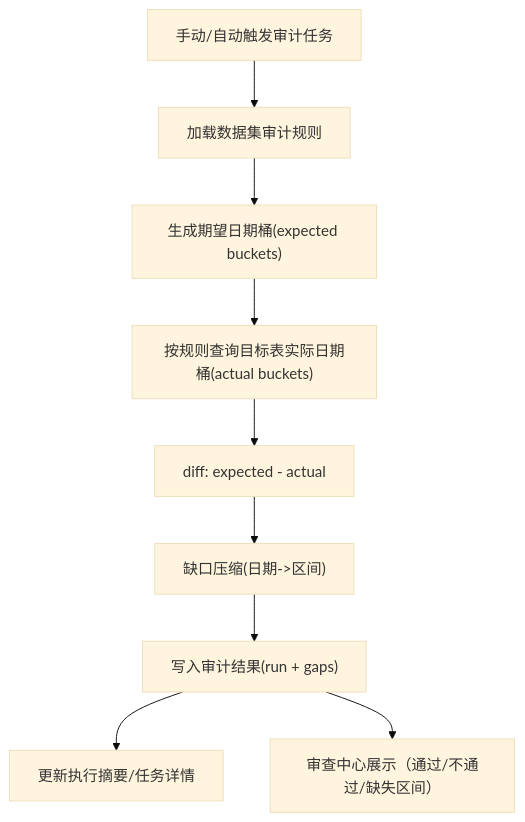
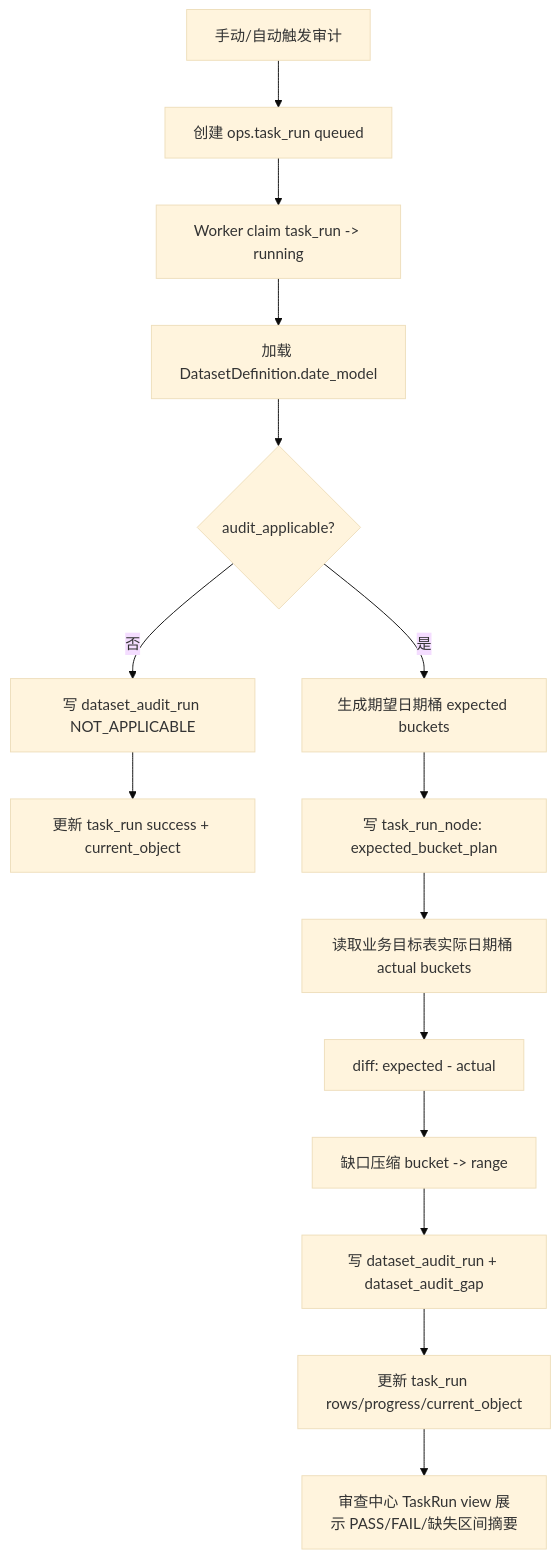
Before and after one commit to chiuser/goldenshare: the diagram in docs/ops/dataset-date-completeness-audit-design-v1.md, drawn with Mermaid (base theme). The commit also changed other lines of this file and 243 other files, not shown here.

````diff
--- a/docs/ops/dataset-date-completeness-audit-design-v1.md
+++ b/docs/ops/dataset-date-completeness-audit-design-v1.md
@@ -102,11 +119,17 @@
 ```mermaid
 flowchart TD
-  A["手动/自动触发审计任务"] --> B["加载数据集审计规则"]
-  B --> C["生成期望日期桶(expected buckets)"]
-  C --> D["按规则查询目标表实际日期桶(actual buckets)"]
-  D --> E["diff: expected - actual"]
-  E --> F["缺口压缩(日期->区间)"]
-  F --> G["写入审计结果(run + gaps)"]
-  G --> H["更新执行摘要/任务详情"]
-  G --> I["审查中心展示（通过/不通过/缺失区间）"]
+  A["手动/自动触发审计"] --> B["创建 ops.task_run queued"]
+  B --> C["Worker claim task_run -> running"]
+  C --> D["加载 DatasetDefinition.date_model"]
+  D --> E{"audit_applicable?"}
+  E -- "否" --> N["写 dataset_audit_run NOT_APPLICABLE"]
+  N --> N2["更新 task_run success + current_object"]
+  E -- "是" --> F["生成期望日期桶 expected buckets"]
+  F --> G["写 task_run_node: expected_bucket_plan"]
+  G --> H["读取业务目标表实际日期桶 actual buckets"]
+  H --> I["diff: expected - actual"]
+  I --> J["缺口压缩 bucket -> range"]
+  J --> K["写 dataset_audit_run + dataset_audit_gap"]
+  K --> L["更新 task_run rows/progress/current_object"]
+  L --> M["审查中心 TaskRun view 展示 PASS/FAIL/缺失区间摘要"]
 ```
````
